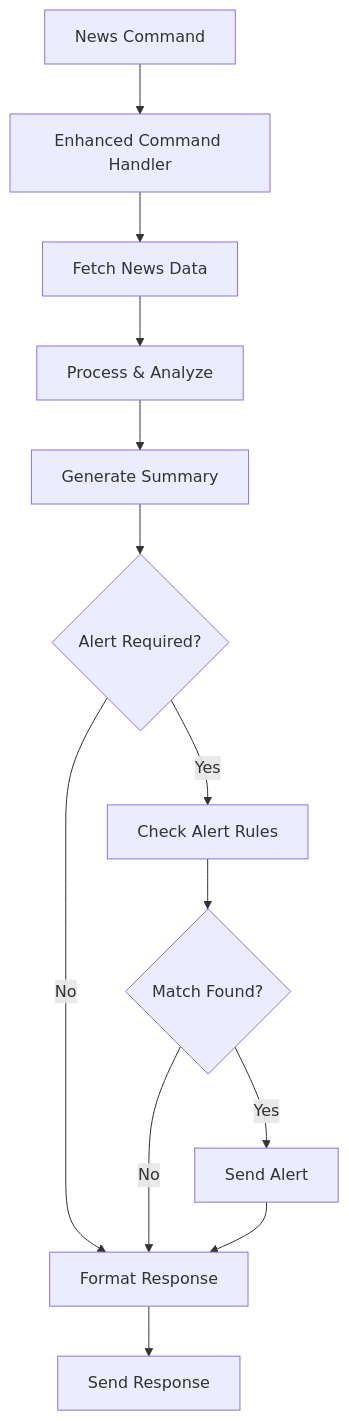
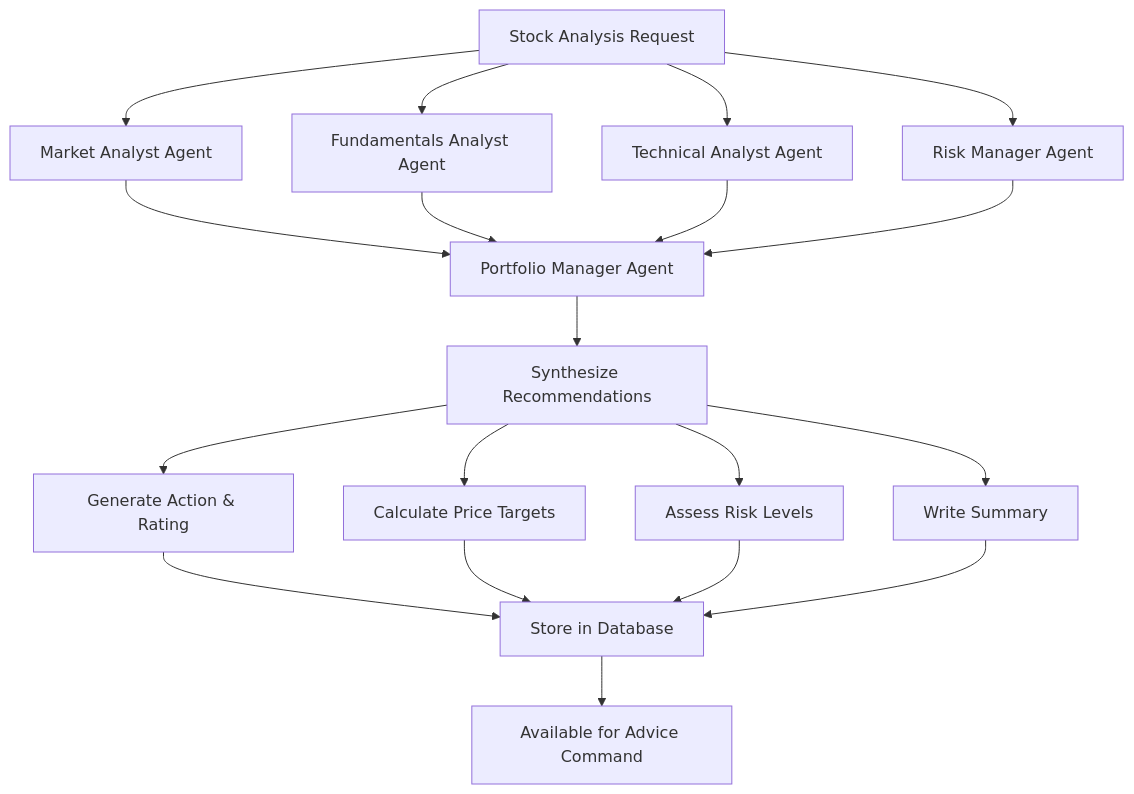
One commit to ZengSeng/telegram-bot changed the sixth of 9 diagrams in .qoder/repowiki/en/content/Core Components/Stock Trading Bot.md. Above: the diagram before and after it, drawn with Mermaid. The commit also changed other lines of this file and 8 other files, not shown here.

````diff
--- a/.qoder/repowiki/en/content/Core Components/Stock Trading Bot.md
+++ b/.qoder/repowiki/en/content/Core Components/Stock Trading Bot.md
@@ -557,15 +508,21 @@
 ```mermaid
 flowchart TD
-A[News Command] --> B[Enhanced Command Handler]
-B --> C[Fetch News Data]
-C --> D[Process & Analyze]
-D --> E[Generate Summary]
-E --> F{Alert Required?}
-F --> |Yes| G[Check Alert Rules]
-F --> |No| H[Format Response]
-G --> I{Match Found?}
-I --> |Yes| J[Send Alert]
-I --> |No| H[Format Response]
-J --> H
-H --> K[Send Response]
+A[Stock Analysis Request] --> B[Market Analyst Agent]
+A --> C[Fundamentals Analyst Agent]
+A --> D[Technical Analyst Agent]
+A --> E[Risk Manager Agent]
+B --> F[Portfolio Manager Agent]
+C --> F
+D --> F
+E --> F
+F --> G[Synthesize Recommendations]
+G --> H[Generate Action & Rating]
+G --> I[Calculate Price Targets]
+G --> J[Assess Risk Levels]
+G --> K[Write Summary]
+H --> L[Store in Database]
+I --> L
+J --> L
+K --> L
+L --> M[Available for Advice Command]
 ```
````
